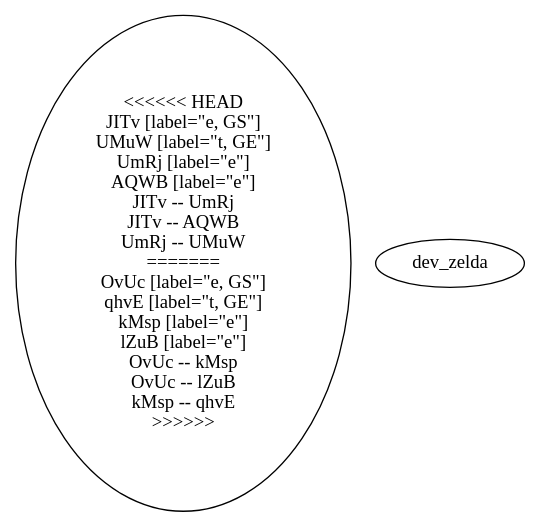
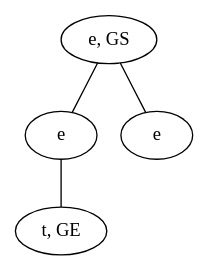
The diagram in data/VGLC/Zelda/rules/1/12_E-t.dot (schrum2/MM-NEAT), drawn with Graphviz before and after one commit. The commit also changed 22 other files, not shown here.

```diff
--- a/data/VGLC/Zelda/rules/1/12_E-t.dot
+++ b/data/VGLC/Zelda/rules/1/12_E-t.dot
@@ -1,19 +1,9 @@
 graph {
-<<<<<<< HEAD
-JITv [label="e, GS"]
-UMuW [label="t, GE"]
-UmRj [label="e"]
-AQWB [label="e"]
-JITv -- UmRj
-JITv -- AQWB
-UmRj -- UMuW
-=======
-OvUc [label="e, GS"]
-qhvE [label="t, GE"]
-kMsp [label="e"]
-lZuB [label="e"]
-OvUc -- kMsp
-OvUc -- lZuB
-kMsp -- qhvE
->>>>>>> dev_zelda
+Ptgr [label="e, GS"]
+NqZD [label="t, GE"]
+attt [label="e"]
+nIws [label="e"]
+Ptgr -- attt
+Ptgr -- nIws
+attt -- NqZD
 }
```
